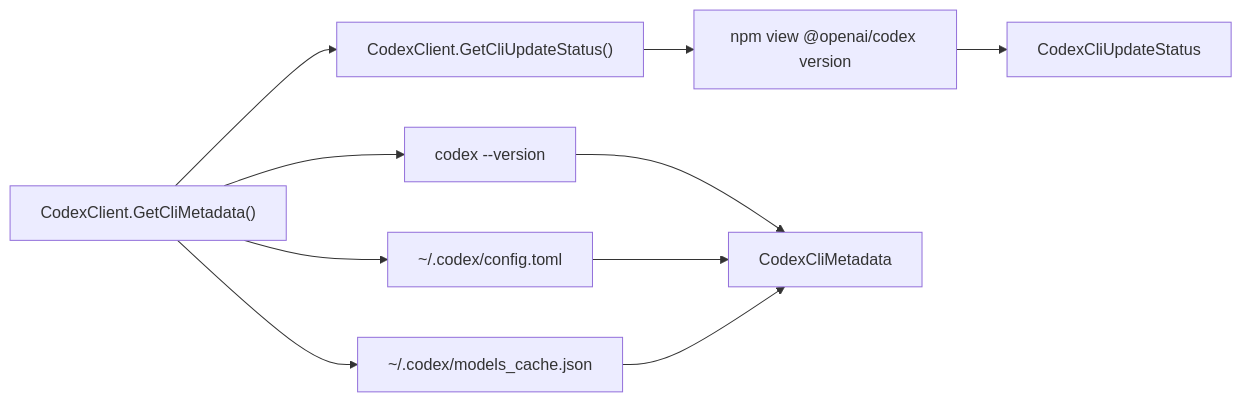
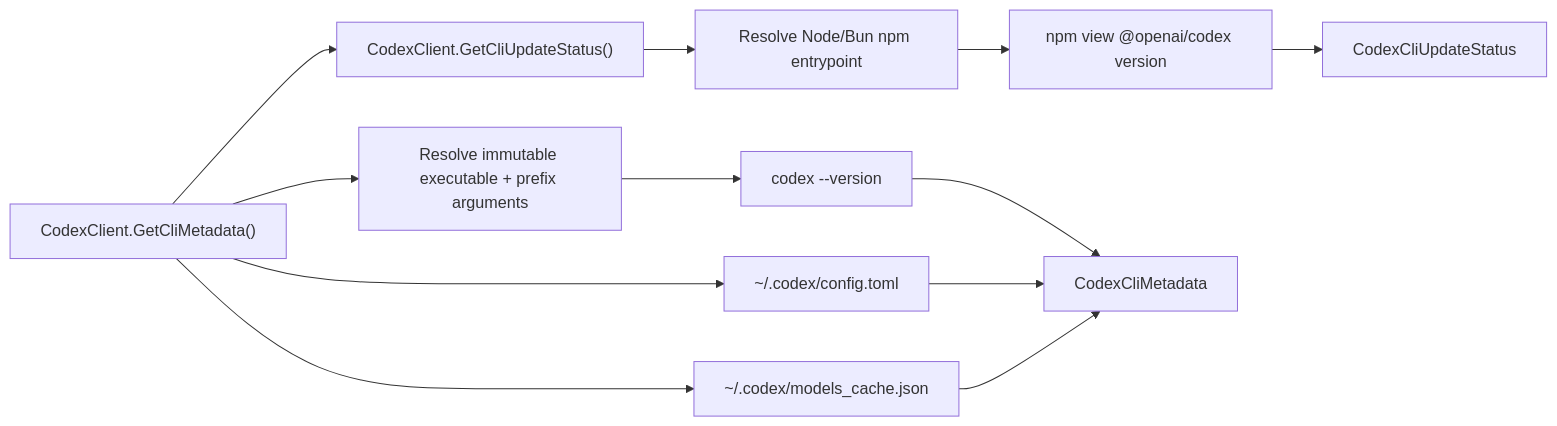
One commit to managedcode/CodexSharpSDK changed the diagram in docs/Features/cli-metadata.md. Above: the diagram before and after it, drawn with Mermaid. The commit also changed other lines of this file and 18 other files, not shown here.

````diff
--- a/docs/Features/cli-metadata.md
+++ b/docs/Features/cli-metadata.md
@@ -55,12 +56,14 @@
 ```mermaid
 flowchart LR
-  Client["CodexClient.GetCliMetadata()"] --> Version["codex --version"]
+  Client["CodexClient.GetCliMetadata()"] --> Resolve["Resolve immutable executable + prefix arguments"]
+  Resolve --> Version["codex --version"]
   Client --> Update["CodexClient.GetCliUpdateStatus()"]
   Client --> Config["~/.codex/config.toml"]
   Client --> Cache["~/.codex/models_cache.json"]
-  Update --> Npm["npm view @openai/codex version"]
+  Update --> ResolveNpm["Resolve Node/Bun npm entrypoint"]
+  ResolveNpm --> Npm["npm view @openai/codex version"]
   Version --> Metadata["CodexCliMetadata"]
   Npm --> UpdateStatus["CodexCliUpdateStatus"]
   Config --> Metadata
   Cache --> Metadata
 ```
````
